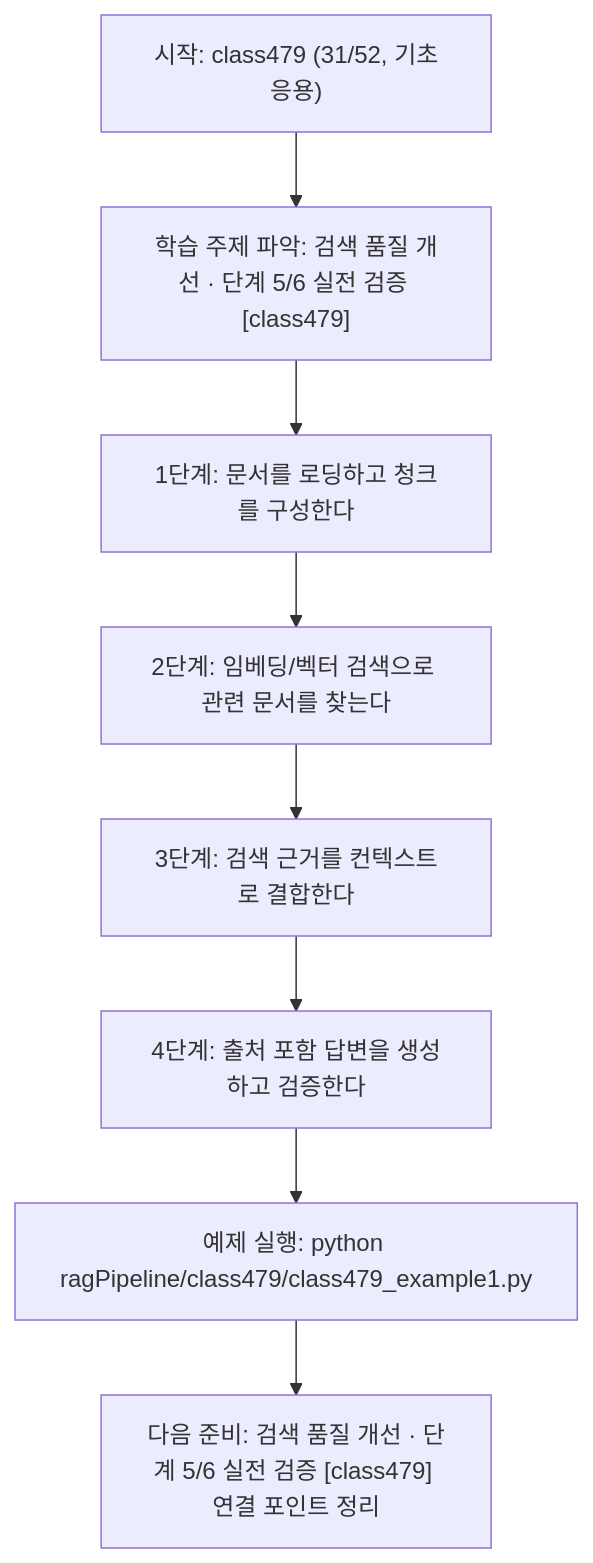
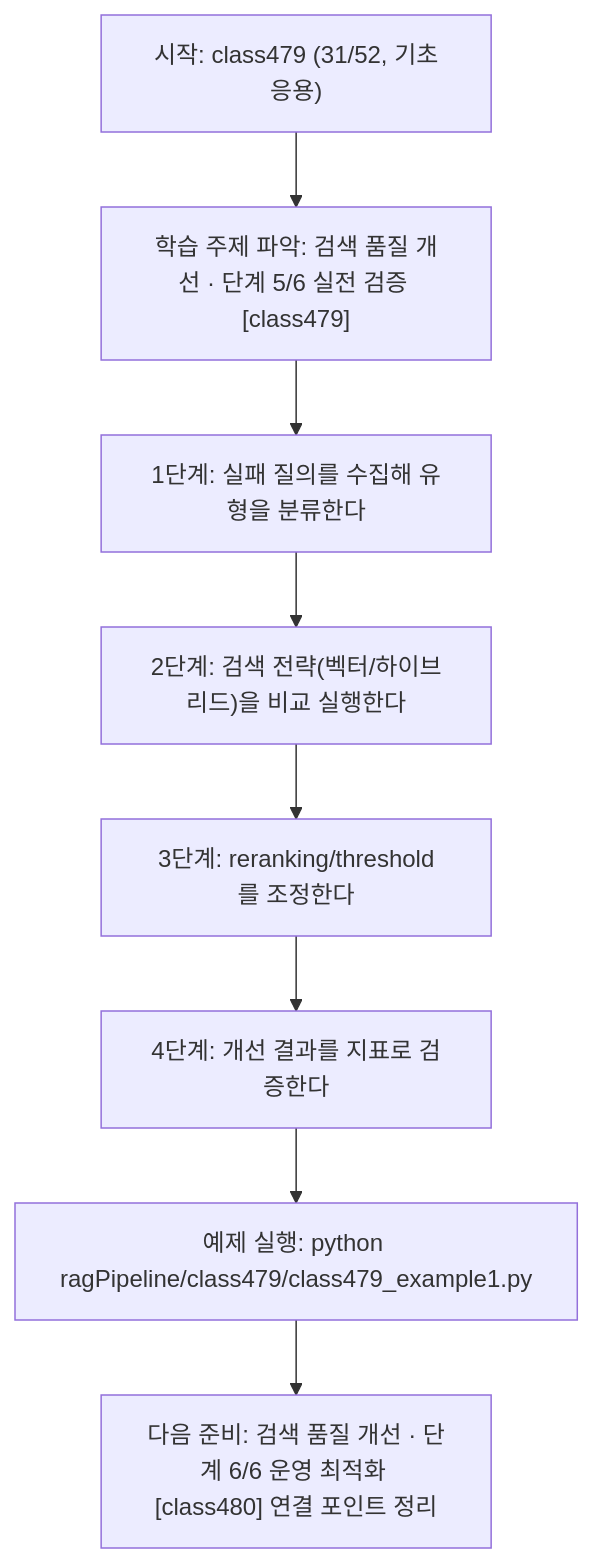
Before and after one commit to edumgt/Python-AI_Agent-Class: the diagram in ragPipeline/class479/class479.md, drawn with Mermaid. The commit also changed other lines of this file and 367 other files, not shown here.

````diff
--- a/ragPipeline/class479/class479.md
+++ b/ragPipeline/class479/class479.md
@@ -111,18 +92,18 @@
 ```mermaid
 flowchart TD
 N1["시작: class479 (31/52, 기초응용)"]
 N2["학습 주제 파악: 검색 품질 개선 · 단계 5/6 실전 검증 [class479]"]
-N3["1단계: 문서를 로딩하고 청크를 구성한다"]
-N4["2단계: 임베딩/벡터 검색으로 관련 문서를 찾는다"]
-N5["3단계: 검색 근거를 컨텍스트로 결합한다"]
-N6["4단계: 출처 포함 답변을 생성하고 검증한다"]
+N3["1단계: 실패 질의를 수집해 유형을 분류한다"]
+N4["2단계: 검색 전략(벡터/하이브리드)을 비교 실행한다"]
+N5["3단계: reranking/threshold를 조정한다"]
+N6["4단계: 개선 결과를 지표로 검증한다"]
 N7["예제 실행: python ragPipeline/class479/class479_example1.py"]
-N8["다음 준비: 검색 품질 개선 · 단계 5/6 실전 검증 [class479] 연결 포인트 정리"]
+N8["다음 준비: 검색 품질 개선 · 단계 6/6 운영 최적화 [class480] 연결 포인트 정리"]
 N1 --> N2
 N2 --> N3
 N3 --> N4
 N4 --> N5
 N5 --> N6
 N6 --> N7
 N7 --> N8
 ```
````
